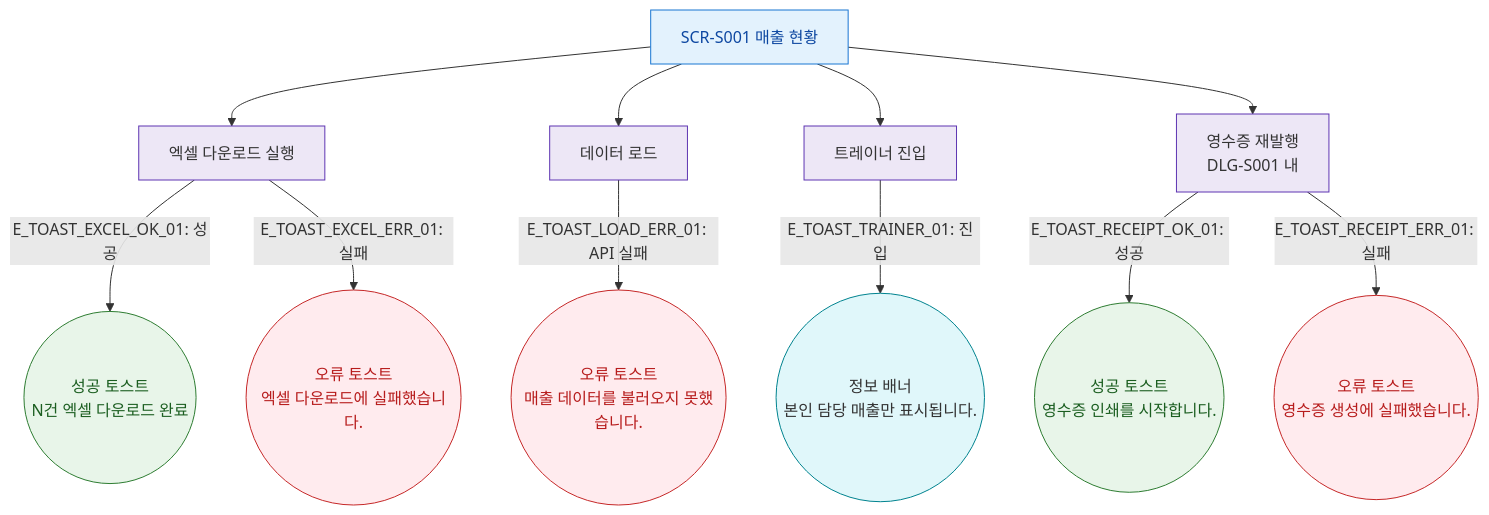
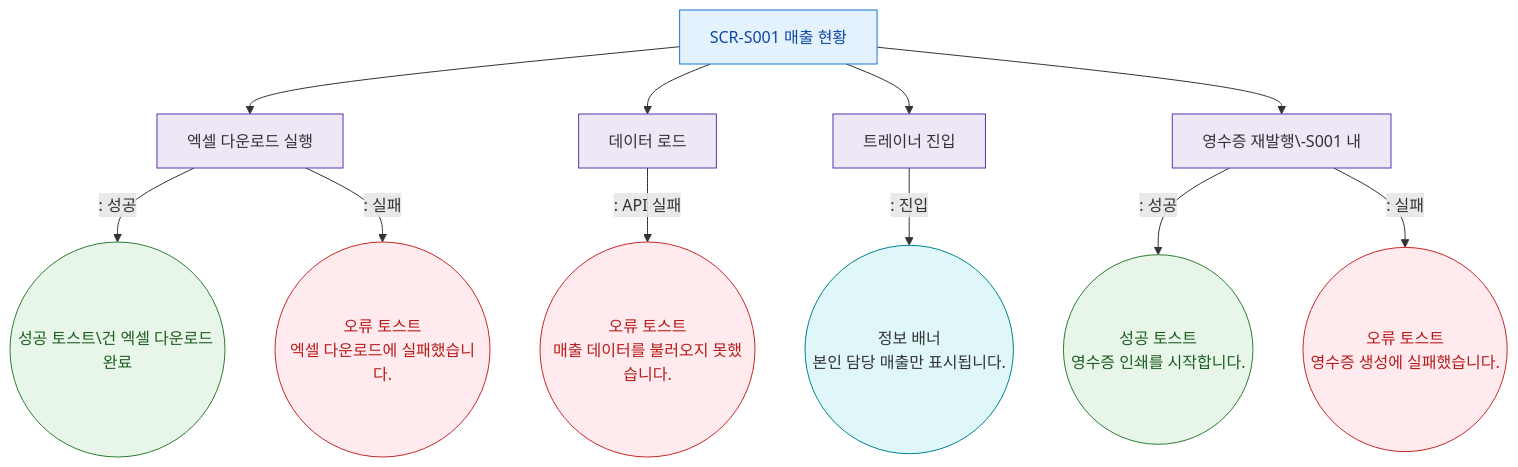
Before and after one commit to dev-spogym/admin-pando: the diagram in docs/다이어그램/D03_매출관리/SCR-S001_매출현황/F9_토스트.md, drawn with Mermaid. The commit also changed other lines of this file and 1660 other files, not shown here.

First line of the commit message:
다이어그램: 기획자/클라이언트 납품본으로 정리

````diff
--- a/docs/다이어그램/D03_매출관리/SCR-S001_매출현황/F9_토스트.md
+++ b/docs/다이어그램/D03_매출관리/SCR-S001_매출현황/F9_토스트.md
@@ -20,31 +18,31 @@
 ```mermaid
 flowchart TD
     S001[SCR-S001 매출 현황]
 
     S001 --> EVT_EXCEL[엑셀 다운로드 실행]
     S001 --> EVT_LOAD[데이터 로드]
     S001 --> EVT_TRAINER[트레이너 진입]
-    S001 --> EVT_RECEIPT[영수증 재발행\nDLG-S001 내]
+    S001 --> EVT_RECEIPT[영수증 재발행\-S001 내]
 
-    EVT_EXCEL -->|"E_TOAST_EXCEL_OK_01: 성공"| TOAST_S_EXCEL((성공 토스트\nN건 엑셀 다운로드 완료))
-    EVT_EXCEL -->|"E_TOAST_EXCEL_ERR_01: 실패"| TOAST_E_EXCEL((오류 토스트\n엑셀 다운로드에 실패했습니다.))
+    EVT_EXCEL -->|": 성공"|TOAST_S_EXCEL((성공 토스트\건 엑셀 다운로드 완료))
+    EVT_EXCEL -->|": 실패"|TOAST_E_EXCEL((오류 토스트\n엑셀 다운로드에 실패했습니다.))
 
-    EVT_LOAD -->|"E_TOAST_LOAD_ERR_01: API 실패"| TOAST_E_LOAD((오류 토스트\n매출 데이터를 불러오지 못했습니다.))
+    EVT_LOAD -->|": API 실패"|TOAST_E_LOAD((오류 토스트\n매출 데이터를 불러오지 못했습니다.))
 
-    EVT_TRAINER -->|"E_TOAST_TRAINER_01: 진입"| TOAST_I_TRAINER((정보 배너\n본인 담당 매출만 표시됩니다.))
+    EVT_TRAINER -->|": 진입"|TOAST_I_TRAINER((정보 배너\n본인 담당 매출만 표시됩니다.))
 
-    EVT_RECEIPT -->|"E_TOAST_RECEIPT_OK_01: 성공"| TOAST_S_RECEIPT((성공 토스트\n영수증 인쇄를 시작합니다.))
-    EVT_RECEIPT -->|"E_TOAST_RECEIPT_ERR_01: 실패"| TOAST_E_RECEIPT((오류 토스트\n영수증 생성에 실패했습니다.))
+    EVT_RECEIPT -->|": 성공"|TOAST_S_RECEIPT((성공 토스트\n영수증 인쇄를 시작합니다.))
+    EVT_RECEIPT -->|": 실패"|TOAST_E_RECEIPT((오류 토스트\n영수증 생성에 실패했습니다.))
 
     classDef screen fill:#E3F2FD,stroke:#1976D2,color:#0D47A1
     classDef success fill:#E8F5E9,stroke:#2E7D32,color:#1B5E20
     classDef error fill:#FFEBEE,stroke:#C62828,color:#B71C1C
     classDef info fill:#E0F7FA,stroke:#00838F
     classDef system fill:#EDE7F6,stroke:#5E35B2
 
     class S001 screen
     class TOAST_S_EXCEL,TOAST_S_RECEIPT success
     class TOAST_E_EXCEL,TOAST_E_LOAD,TOAST_E_RECEIPT error
     class TOAST_I_TRAINER info
     class EVT_EXCEL,EVT_LOAD,EVT_TRAINER,EVT_RECEIPT system
 ```
````
